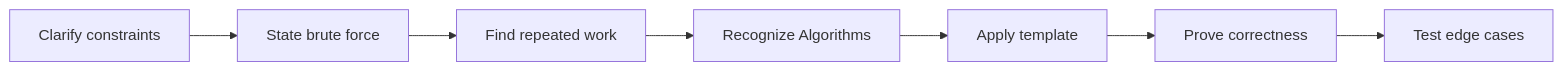
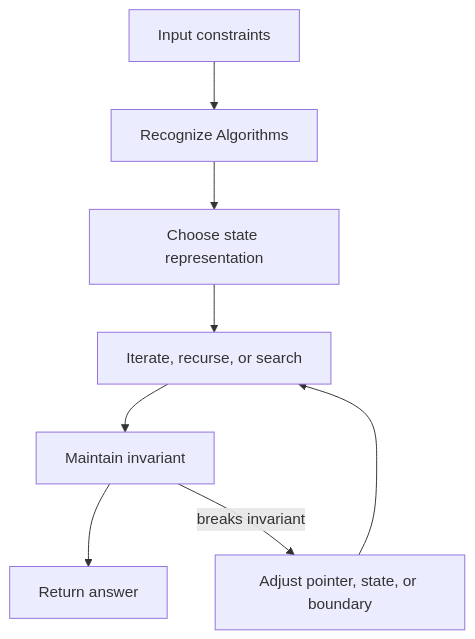
The second of 2 diagrams in coding-round/algorithms/index.md (abstractinterviews/abstractinterviews.github.io), drawn with Mermaid before and after one commit. The commit also changed other lines of this file and 278 other files, not shown here.

````diff
--- a/coding-round/algorithms/index.md
+++ b/coding-round/algorithms/index.md
@@ -152,9 +150,10 @@
-~~~mermaid
-flowchart LR
-    A["Clarify constraints"] --> B["State brute force"]
-    B --> C["Find repeated work"]
-    C --> D["Recognize Algorithms"]
-    D --> E["Apply template"]
-    E --> F["Prove correctness"]
-    F --> G["Test edge cases"]
-~~~
+```mermaid
+flowchart TD
+    Input["Input constraints"] --> Pattern["Recognize Algorithms"]
+    Pattern --> State["Choose state representation"]
+    State --> Iterate["Iterate, recurse, or search"]
+    Iterate --> Check["Maintain invariant"]
+    Check --> Result["Return answer"]
+    Check -->|breaks invariant| Fix["Adjust pointer, state, or boundary"]
+    Fix --> Iterate
+```
````
